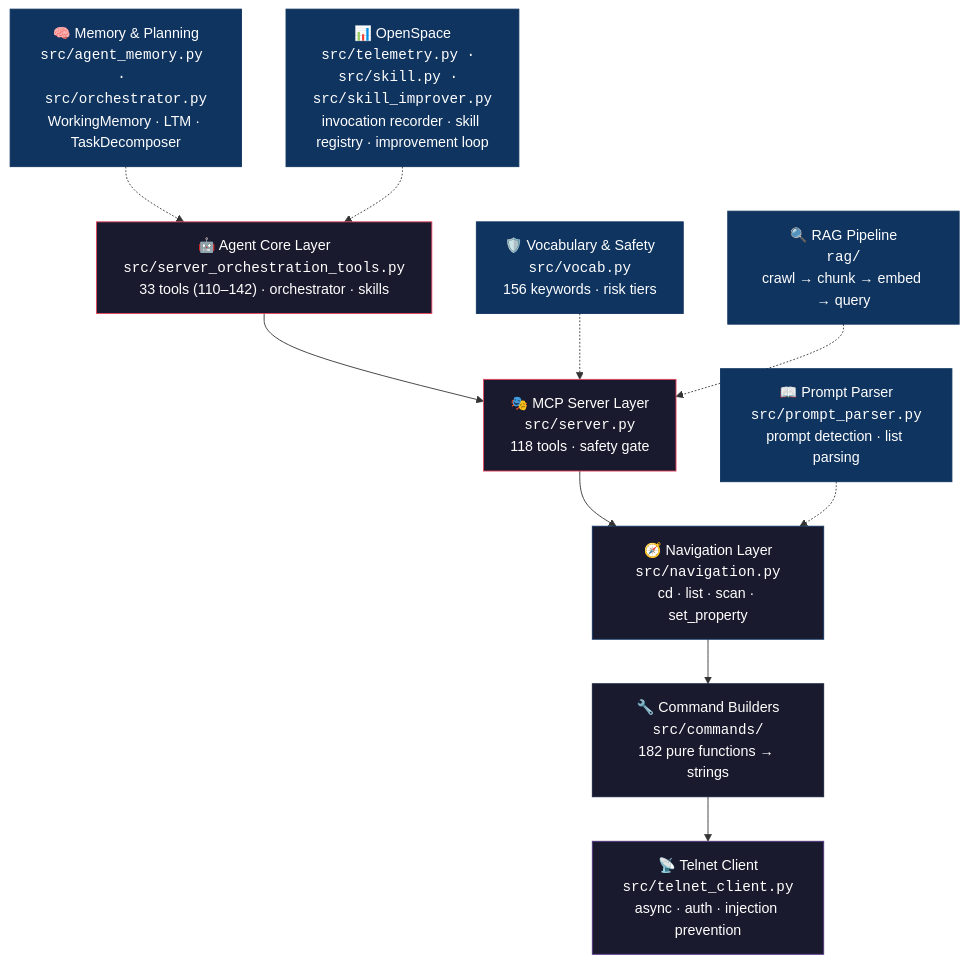
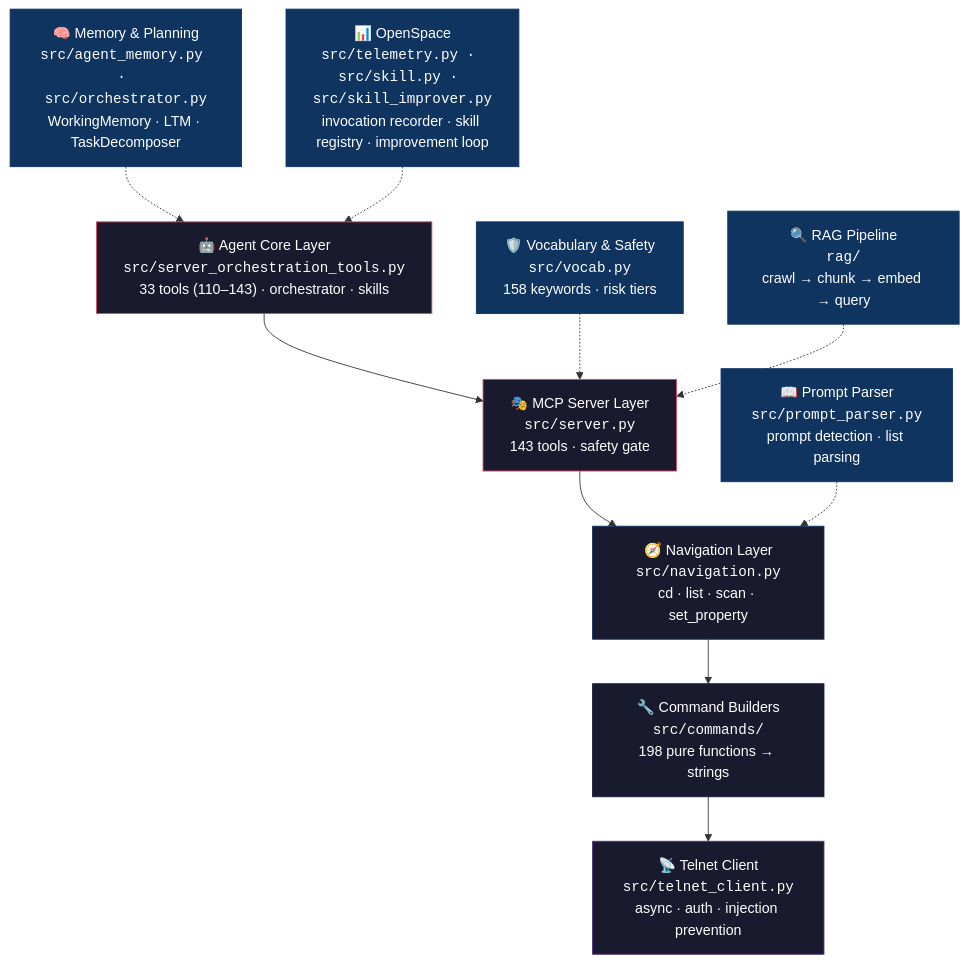
Before and after one commit to thisis-romar/ma2-onPC-MCP: the first of 2 diagrams in README.md, drawn with Mermaid. The commit also changed other lines of this file and 7 other files, not shown here.

````diff
--- a/README.md
+++ b/README.md
@@ -64,25 +64,25 @@
 ```mermaid
 graph TD
-    H["🤖 Agent Core Layer<br/><code>src/server_orchestration_tools.py</code><br/>33 tools (110–142) · orchestrator · skills"] --> A
-    A["🎭 MCP Server Layer<br/><code>src/server.py</code><br/>118 tools · safety gate"] --> B
+    H["🤖 Agent Core Layer<br/><code>src/server_orchestration_tools.py</code><br/>33 tools (110–143) · orchestrator · skills"] --> A
+    A["🎭 MCP Server Layer<br/><code>src/server.py</code><br/>143 tools · safety gate"] --> B
     B["🧭 Navigation Layer<br/><code>src/navigation.py</code><br/>cd · list · scan · set_property"] --> C
-    C["🔧 Command Builders<br/><code>src/commands/</code><br/>182 pure functions → strings"] --> D
+    C["🔧 Command Builders<br/><code>src/commands/</code><br/>198 pure functions → strings"] --> D
     D["📡 Telnet Client<br/><code>src/telnet_client.py</code><br/>async · auth · injection prevention"]
 
     E["📖 Prompt Parser<br/><code>src/prompt_parser.py</code><br/>prompt detection · list parsing"] -.-> B
-    F["🛡️ Vocabulary & Safety<br/><code>src/vocab.py</code><br/>156 keywords · risk tiers"] -.-> A
+    F["🛡️ Vocabulary & Safety<br/><code>src/vocab.py</code><br/>158 keywords · risk tiers"] -.-> A
     G["🔍 RAG Pipeline<br/><code>rag/</code><br/>crawl → chunk → embed → query"] -.-> A
     I["🧠 Memory & Planning<br/><code>src/agent_memory.py · src/orchestrator.py</code><br/>WorkingMemory · LTM · TaskDecomposer"] -.-> H
     J["📊 OpenSpace<br/><code>src/telemetry.py · src/skill.py · src/skill_improver.py</code><br/>invocation recorder · skill registry · improvement loop"] -.-> H
 
     style H fill:#1a1a2e,stroke:#e94560,color:#fff
     style A fill:#1a1a2e,stroke:#e94560,color:#fff
     style B fill:#1a1a2e,stroke:#0f3460,color:#fff
     style C fill:#1a1a2e,stroke:#16213e,color:#fff
     style D fill:#1a1a2e,stroke:#533483,color:#fff
     style E fill:#0f3460,stroke:#0f3460,color:#fff
     style F fill:#0f3460,stroke:#0f3460,color:#fff
     style G fill:#0f3460,stroke:#0f3460,color:#fff
     style I fill:#0f3460,stroke:#0f3460,color:#fff
     style J fill:#0f3460,stroke:#0f3460,color:#fff
 ```
````
